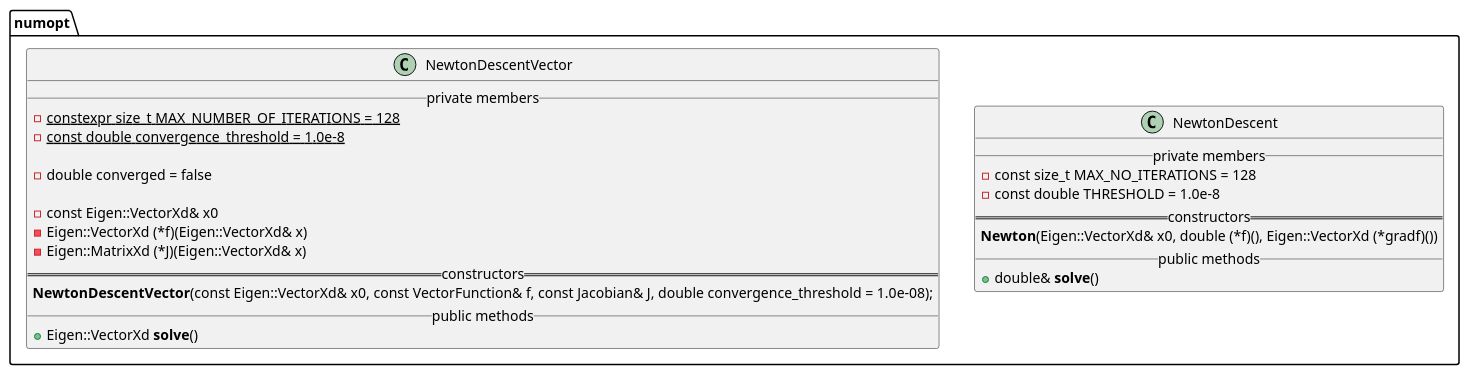
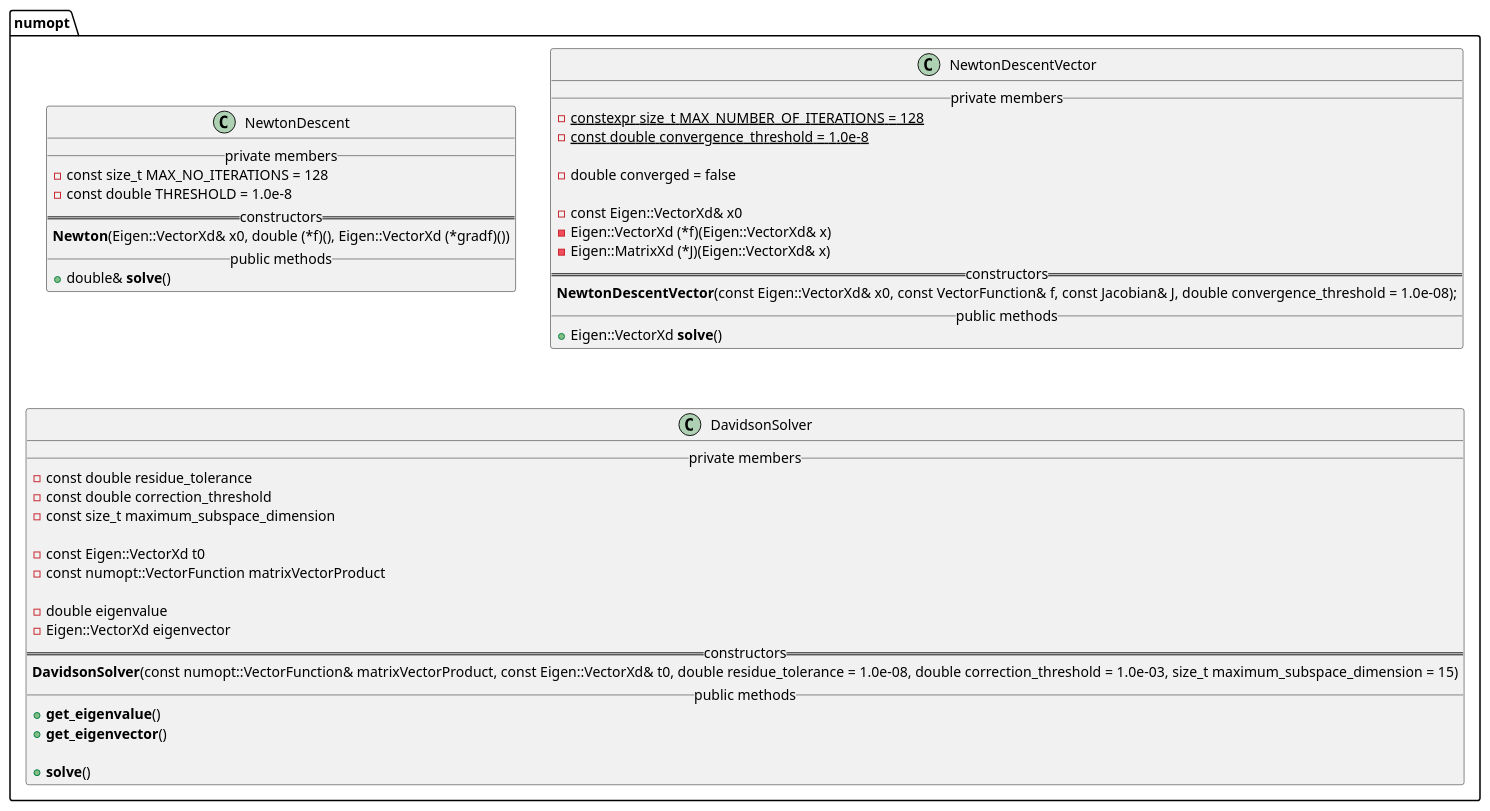
One commit to matt-chan/numopt changed the diagram in docs/numopt.puml. Above: the diagram before and after it, drawn with PlantUML. The commit also changed 1 other file, not shown here.

Commit message:
Added UML diagram.

```diff
--- a/docs/numopt.puml
+++ b/docs/numopt.puml
@@ -1,33 +1,54 @@
 @startuml
 
 namespace numopt {
 
     class NewtonDescent {
         __ private members __
             - const size_t MAX_NO_ITERATIONS = 128
             - const double THRESHOLD = 1.0e-8
         == constructors ==
             **Newton**(Eigen::VectorXd& x0, double (*f)(), Eigen::VectorXd (*gradf)())
         __ public methods __
             + double& **solve**()
     }
 
 
     class NewtonDescentVector {
         __ private members __
             - {static} constexpr size_t MAX_NUMBER_OF_ITERATIONS = 128
             - {static} const double convergence_threshold = 1.0e-8
 
             - double converged = false
 
             - const Eigen::VectorXd& x0
             - Eigen::VectorXd (*f)(Eigen::VectorXd& x)
             - Eigen::MatrixXd (*J)(Eigen::VectorXd& x)
         == constructors ==
             **NewtonDescentVector**(const Eigen::VectorXd& x0, const VectorFunction& f, const Jacobian& J, double convergence_threshold = 1.0e-08);
         __ public methods __
             + Eigen::VectorXd **solve**()
     }
+
+
+    class DavidsonSolver {
+        __ private members __
+            - const double residue_tolerance
+            - const double correction_threshold
+            - const size_t maximum_subspace_dimension
+
+            - const Eigen::VectorXd t0
+            - const numopt::VectorFunction matrixVectorProduct
+
+            - double eigenvalue
+            - Eigen::VectorXd eigenvector
+        == constructors ==
+            **DavidsonSolver**(const numopt::VectorFunction& matrixVectorProduct, const Eigen::VectorXd& t0, double residue_tolerance = 1.0e-08, double correction_threshold = 1.0e-03, size_t maximum_subspace_dimension = 15)
+        __ public methods __
+            + **get_eigenvalue**()
+            + **get_eigenvector**()
+
+            + **solve**()
+    }
 }
 
 @enduml
```
